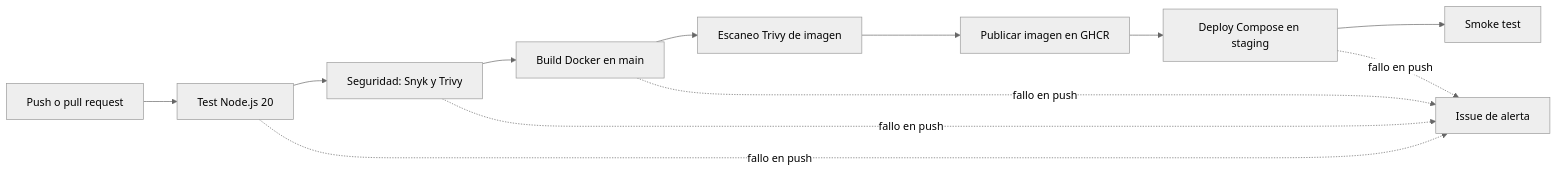
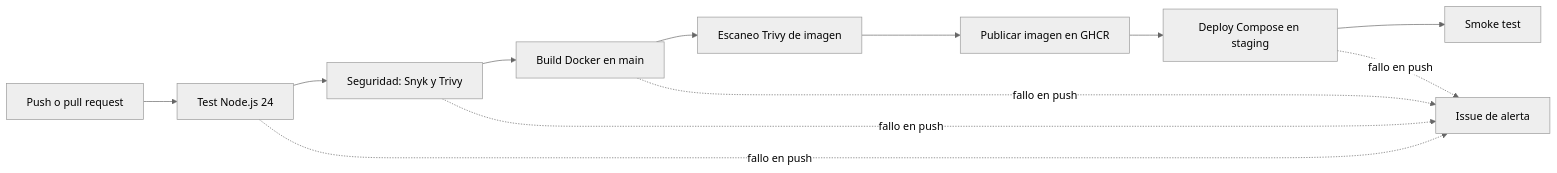
Before and after one commit to kaYv-1/devops_007d_ols: the diagram in README.md, drawn with Mermaid (neutral theme). The commit also changed other lines of this file and 3 other files, not shown here.

````diff
--- a/README.md
+++ b/README.md
@@ -20,14 +20,14 @@
 ```mermaid
 flowchart LR
-    A[Push o pull request] --> B[Test Node.js 20]
+    A[Push o pull request] --> B[Test Node.js 24]
     B --> C[Seguridad: Snyk y Trivy]
     C --> D[Build Docker en main]
     D --> E[Escaneo Trivy de imagen]
     E --> F[Publicar imagen en GHCR]
     F --> G[Deploy Compose en staging]
     G --> H[Smoke test]
     B -. fallo en push .-> I[Issue de alerta]
     C -. fallo en push .-> I
     D -. fallo en push .-> I
     G -. fallo en push .-> I
 ```
````
